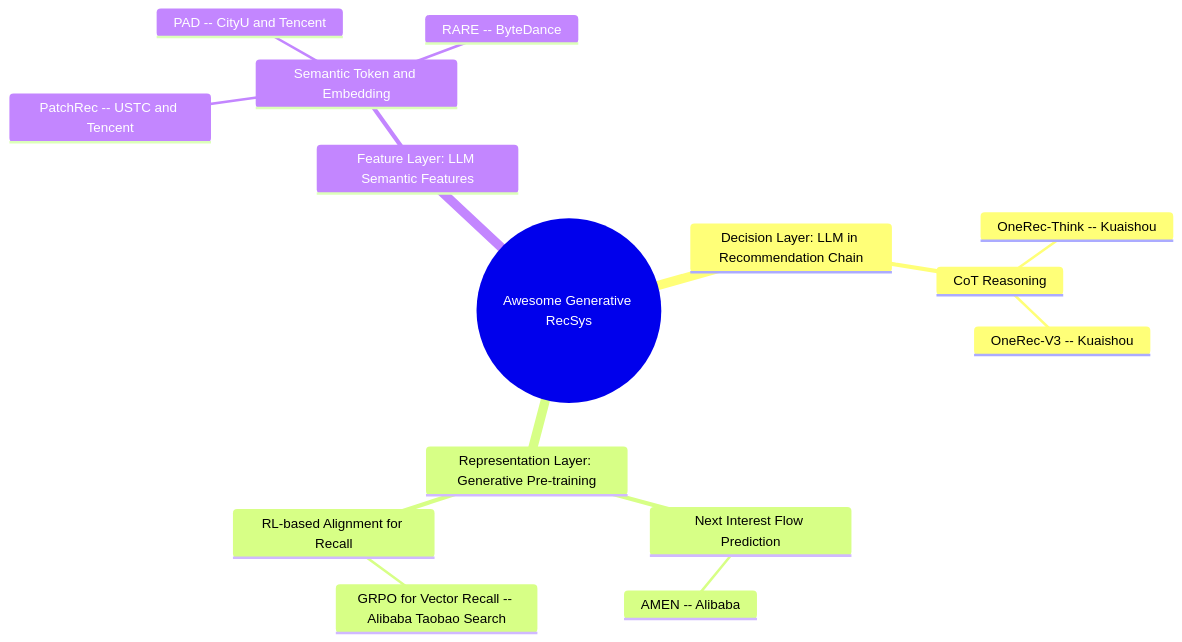
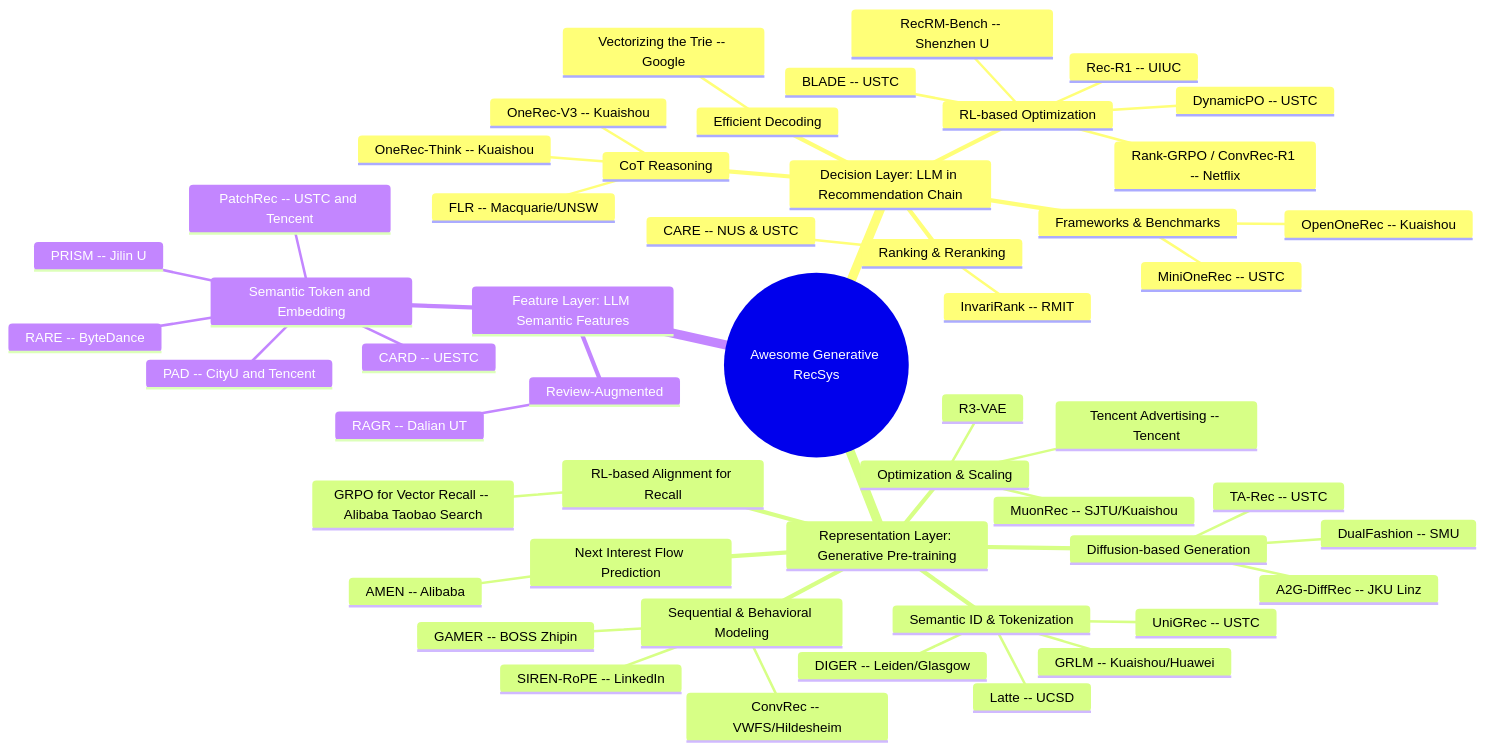
Before and after one commit to HaFred/awesome-generative-recsys: the diagram in README.md, drawn with Mermaid. The commit also changed other lines of this file, not shown here.

````diff
--- a/README.md
+++ b/README.md
@@ -6,18 +6,54 @@
 ```mermaid
 mindmap
   root((Awesome Generative RecSys))
     Decision Layer: LLM in Recommendation Chain
       CoT Reasoning
         OneRec-Think -- Kuaishou
         OneRec-V3 -- Kuaishou
+        FLR -- Macquarie/UNSW
+      RL-based Optimization
+        Rank-GRPO / ConvRec-R1 -- Netflix
+        Rec-R1 -- UIUC
+        DynamicPO -- USTC
+        RecRM-Bench -- Shenzhen U
+        BLADE -- USTC
+      Ranking & Reranking
+        CARE -- NUS & USTC
+        InvariRank -- RMIT
+      Frameworks & Benchmarks
+        OpenOneRec -- Kuaishou
+        MiniOneRec -- USTC
+      Efficient Decoding
+        Vectorizing the Trie -- Google
     Representation Layer: Generative Pre-training
+      Semantic ID & Tokenization
+        Latte -- UCSD
+        DIGER -- Leiden/Glasgow
+        UniGRec -- USTC
+        GRLM -- Kuaishou/Huawei
       Next Interest Flow Prediction
         AMEN -- Alibaba
       RL-based Alignment for Recall
         GRPO for Vector Recall -- Alibaba Taobao Search
+      Diffusion-based Generation
+        A2G-DiffRec -- JKU Linz
+        TA-Rec -- USTC
+        DualFashion -- SMU
+      Sequential & Behavioral Modeling
+        GAMER -- BOSS Zhipin
+        SIREN-RoPE -- LinkedIn
+        ConvRec -- VWFS/Hildesheim
+      Optimization & Scaling
+        MuonRec -- SJTU/Kuaishou
+        R3-VAE
+        Tencent Advertising -- Tencent
     Feature Layer: LLM Semantic Features
       Semantic Token and Embedding
         PatchRec -- USTC and Tencent
         PAD -- CityU and Tencent
         RARE -- ByteDance
+        CARD -- UESTC
+        PRISM -- Jilin U
+      Review-Augmented
+        RAGR -- Dalian UT
 ```
````
